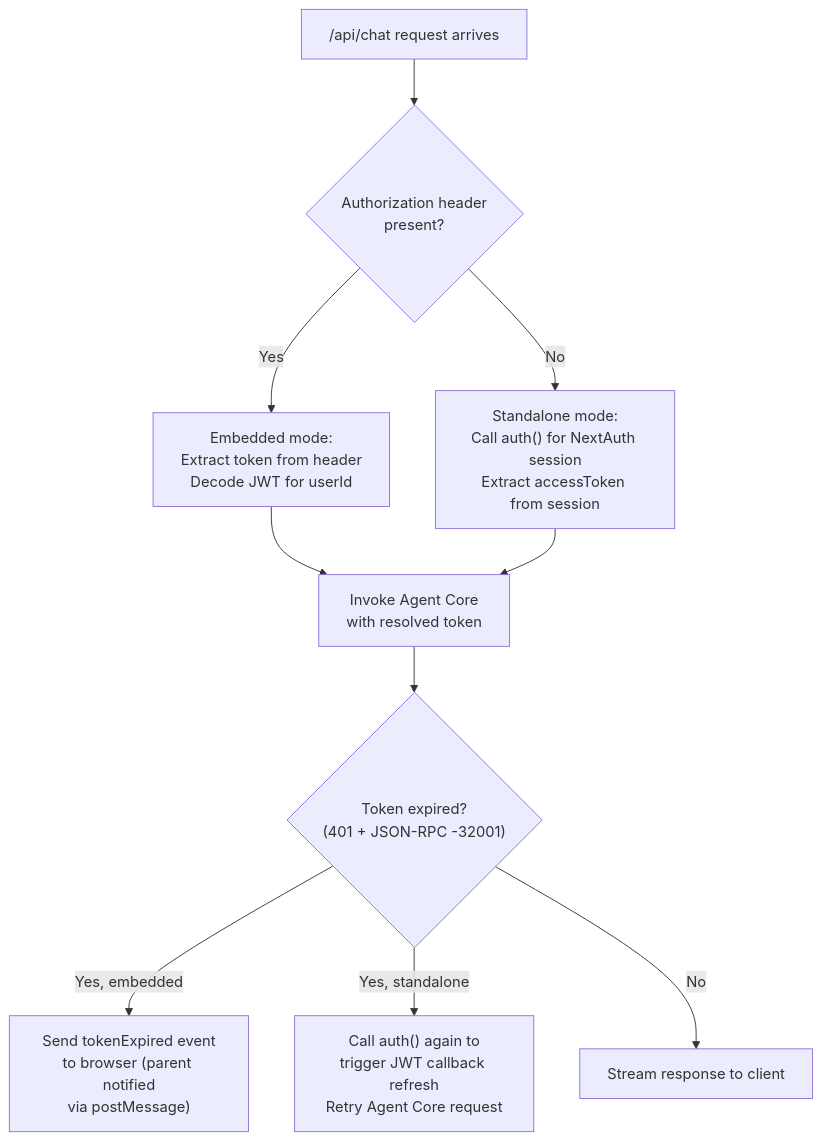
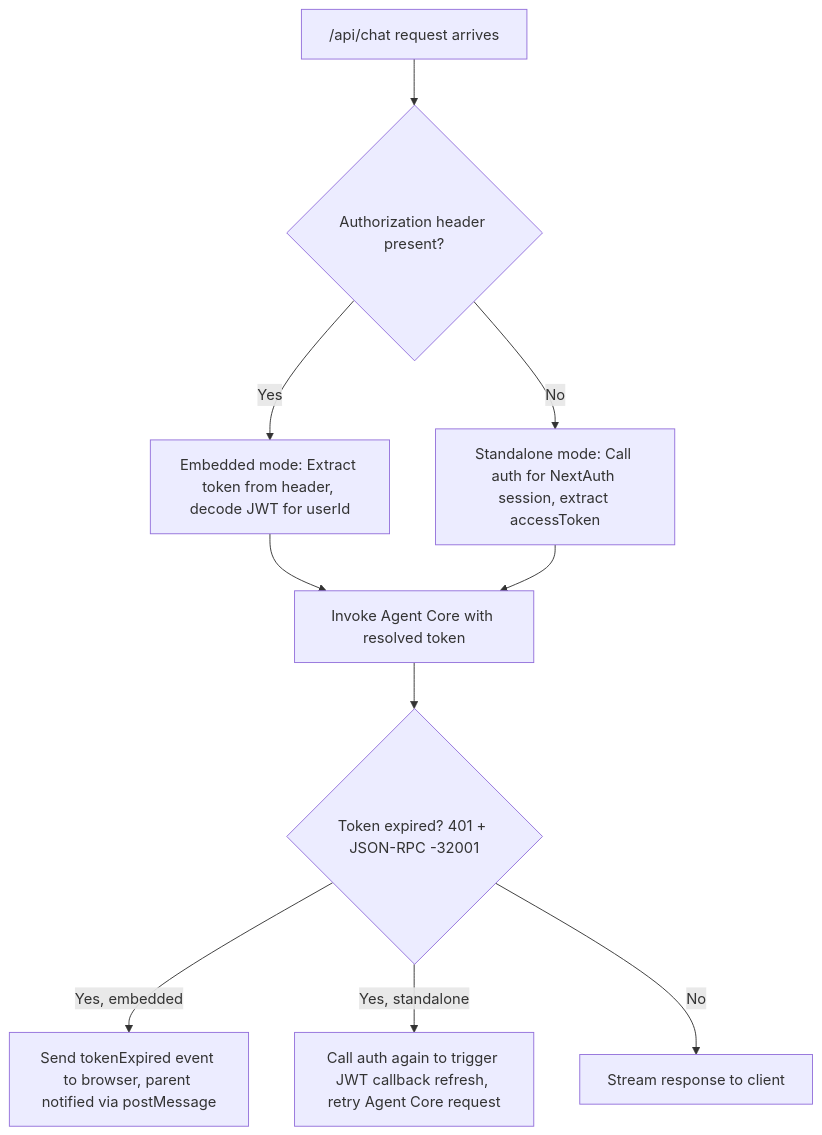
The fifth of 5 diagrams in architecture/ai/authentication.mdx (ToMoCoop/docs), drawn with Mermaid before and after one commit.

Commit message:
Fixed the mermaid diagram/

````diff
--- a/architecture/ai/authentication.mdx
+++ b/architecture/ai/authentication.mdx
@@ -198,21 +198,21 @@
     ```mermaid
     flowchart TD
         req["/api/chat request arrives"]
-        check{"Authorization header<br/>present?"}
-        embedded["Embedded mode:<br/>Extract token from header<br/>Decode JWT for userId"]
-        normal["Standalone mode:<br/>Call auth() for NextAuth session<br/>Extract accessToken from session"]
-        expired{"Token expired?<br/>(401 + JSON-RPC -32001)"}
-        refresh_embedded["Send tokenExpired event<br/>to browser (parent notified<br/>via postMessage)"]
-        refresh_normal["Call auth() again to<br/>trigger JWT callback refresh<br/>Retry Agent Core request"]
-        invoke["Invoke Agent Core<br/>with resolved token"]
+        check{Authorization header present?}
+        embedded["Embedded mode: Extract token from header, decode JWT for userId"]
+        normal["Standalone mode: Call auth for NextAuth session, extract accessToken"]
+        expired{Token expired? 401 + JSON-RPC -32001}
+        refresh_embedded["Send tokenExpired event to browser, parent notified via postMessage"]
+        refresh_normal["Call auth again to trigger JWT callback refresh, retry Agent Core request"]
+        invoke["Invoke Agent Core with resolved token"]
 
         req --> check
         check -->|Yes| embedded
         check -->|No| normal
         embedded --> invoke
         normal --> invoke
         invoke --> expired
         expired -->|Yes, embedded| refresh_embedded
         expired -->|Yes, standalone| refresh_normal
         expired -->|No| stream["Stream response to client"]
     ```
````
